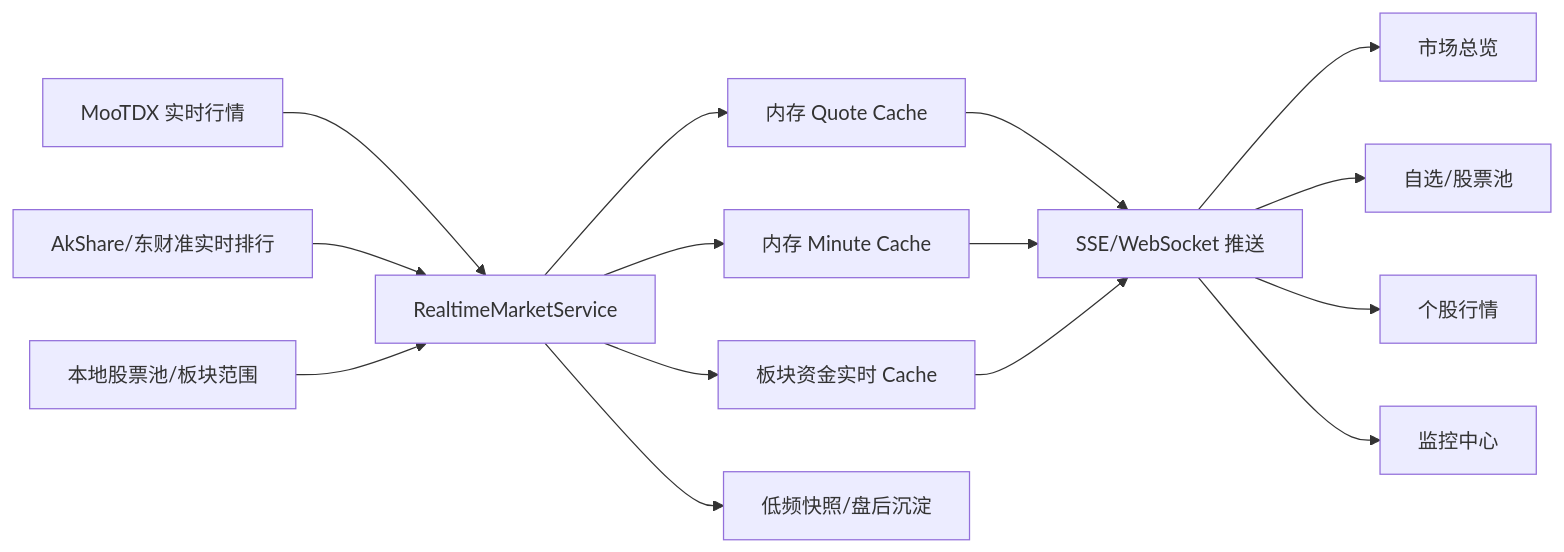
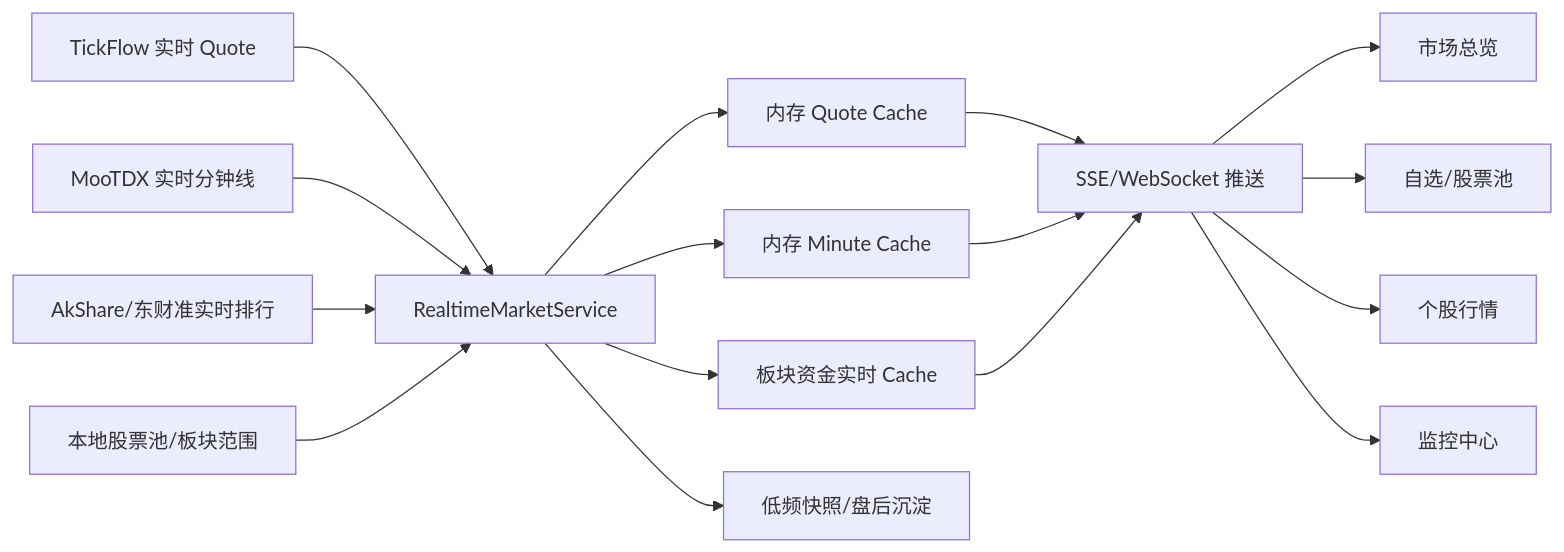
Before and after one commit to code-zhang-zhihao/stock--center: the diagram in docs/wiki/70-规划/实时数据能力规划.md, drawn with Mermaid. The commit also changed other lines of this file and 14 other files, not shown here.

Commit message:
TickFlow 配置

````diff
--- a/docs/wiki/70-规划/实时数据能力规划.md
+++ b/docs/wiki/70-规划/实时数据能力规划.md
@@ -70,17 +72,18 @@
 ```mermaid
 flowchart LR
-  A["MooTDX 实时行情"] --> D["RealtimeMarketService"]
+  A["TickFlow 实时 Quote"] --> D["RealtimeMarketService"]
+  A2["MooTDX 实时分钟线"] --> D
   B["AkShare/东财准实时排行"] --> D
   C["本地股票池/板块范围"] --> D
   D --> E["内存 Quote Cache"]
   D --> F["内存 Minute Cache"]
   D --> G["板块资金实时 Cache"]
   E --> H["SSE/WebSocket 推送"]
   F --> H
   G --> H
   H --> I["市场总览"]
   H --> J["自选/股票池"]
   H --> K["个股行情"]
   H --> L["监控中心"]
   D --> M["低频快照/盘后沉淀"]
 ```
````
